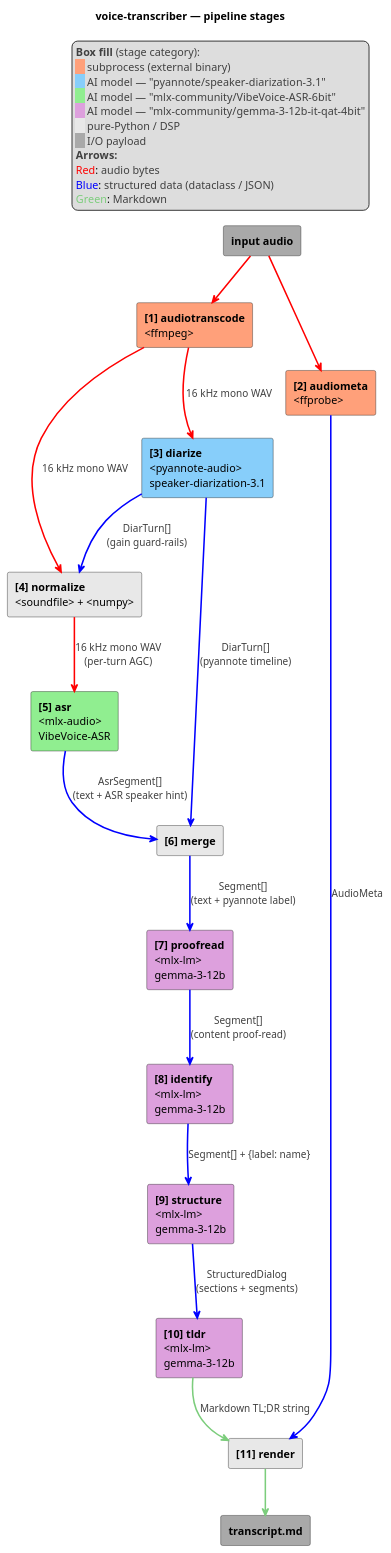
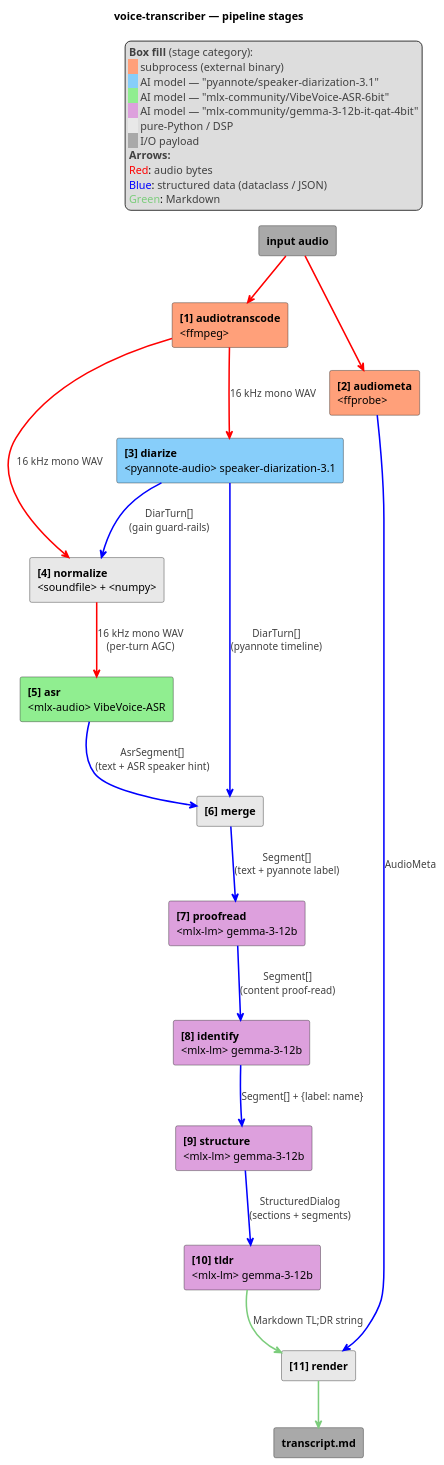
One commit to artem-from-ua/voice-transcriber changed the second of 2 diagrams in docs/architecture.md. Above: the diagram before and after it, drawn with PlantUML. The commit also changed other lines of this file, not shown here.

Commit message:
Merge lib + model name onto one line per AI stage (#64)
In docs/architecture.md pipeline-stages diagram, AI stages had three
label lines: bold stage name, library, model. Merging the library +
model onto one line:

  <pyannote-audio> speaker-diarization-3.1
  <mlx-audio> VibeVoice-ASR
  <mlx-lm> gemma-3-12b   (×4 LLM stages)

Stage boxes now read as two lines (name + tooling) instead of three.
Diagram shrunk vertically (~100 px) at the cost of ~20 px of width
where the widest combined line lives. Subprocess and normalize stages
stay single-line as before.

````diff
--- a/docs/architecture.md
+++ b/docs/architecture.md
@@ -63,56 +63,56 @@
 ```plantuml
 @startuml
 title voice-transcriber — pipeline stages
 skinparam componentStyle rectangle
 skinparam ArrowThickness 2
 
 [<b>input audio</b>] as Input #A9A9A9
 [<b>transcript.md</b>] as Output #A9A9A9
 
 component "<b>[1] audiotranscode</b>\n<ffmpeg>" as WAV #FFA07A
 component "<b>[2] audiometa</b>\n<ffprobe>" as FF #FFA07A
-component "<b>[3] diarize</b>\n<pyannote-audio>\nspeaker-diarization-3.1" as Diar #87CEFA
+component "<b>[3] diarize</b>\n<pyannote-audio> speaker-diarization-3.1" as Diar #87CEFA
 component "<b>[4] normalize</b>\n<soundfile> + <numpy>" as Norm #E8E8E8
-component "<b>[5] asr</b>\n<mlx-audio>\nVibeVoice-ASR" as ASR #90EE90
+component "<b>[5] asr</b>\n<mlx-audio> VibeVoice-ASR" as ASR #90EE90
 component "<b>[6] merge</b>" as Merge #E8E8E8
-component "<b>[7] proofread</b>\n<mlx-lm>\ngemma-3-12b" as Post #DDA0DD
-component "<b>[8] identify</b>\n<mlx-lm>\ngemma-3-12b" as Ident #DDA0DD
-component "<b>[9] structure</b>\n<mlx-lm>\ngemma-3-12b" as Struct #DDA0DD
-component "<b>[10] tldr</b>\n<mlx-lm>\ngemma-3-12b" as TLDR #DDA0DD
+component "<b>[7] proofread</b>\n<mlx-lm> gemma-3-12b" as Post #DDA0DD
+component "<b>[8] identify</b>\n<mlx-lm> gemma-3-12b" as Ident #DDA0DD
+component "<b>[9] structure</b>\n<mlx-lm> gemma-3-12b" as Struct #DDA0DD
+component "<b>[10] tldr</b>\n<mlx-lm> gemma-3-12b" as TLDR #DDA0DD
 component "<b>[11] render</b>" as Render #E8E8E8
 
 Input -[#red]-> FF
 Input -[#red]-> WAV
 
 WAV -[#red]-> Diar : <color:#404040>16 kHz mono WAV</color>
 WAV -[#red]-> Norm : <color:#404040>16 kHz mono WAV</color>
 Diar -[#blue]-> Norm : <color:#404040>DiarTurn[]</color>\n<color:#404040>(gain guard-rails)</color>
 Norm -[#red]-> ASR : <color:#404040>16 kHz mono WAV</color>\n<color:#404040>(per-turn AGC)</color>
 
 ASR -[#blue]-> Merge : <color:#404040>AsrSegment[]</color>\n<color:#404040>(text + ASR speaker hint)</color>
 Diar -[#blue]-> Merge : <color:#404040>DiarTurn[]</color>\n<color:#404040>(pyannote timeline)</color>
 
 Merge -[#blue]-> Post : <color:#404040>Segment[]</color>\n<color:#404040>(text + pyannote label)</color>
 Post -[#blue]-> Ident : <color:#404040>Segment[]</color>\n<color:#404040>(content proof-read)</color>
 Ident -[#blue]-> Struct : <color:#404040>Segment[] + {label: name}</color>
 Struct -[#blue]-> TLDR : <color:#404040>StructuredDialog</color>\n<color:#404040>(sections + segments)</color>
 
 FF -[#blue]-> Render : <color:#404040>AudioMeta</color>
 TLDR -[#7CCD7C]-> Render : <color:#404040>Markdown TL;DR string</color>
 Render -[#7CCD7C]-> Output
 
 legend top right
   <color:#404040>**Box fill** (stage category):</color>
   <back:#FFA07A>   </back> <color:#404040>subprocess (external binary)</color>
   <back:#87CEFA>   </back> <color:#404040>AI model — "pyannote/speaker-diarization-3.1"</color>
   <back:#90EE90>   </back> <color:#404040>AI model — "mlx-community/VibeVoice-ASR-6bit"</color>
   <back:#DDA0DD>   </back> <color:#404040>AI model — "mlx-community/gemma-3-12b-it-qat-4bit"</color>
   <back:#E8E8E8>   </back> <color:#404040>pure-Python / DSP</color>
   <back:#A9A9A9>   </back> <color:#404040>I/O payload</color>
   <color:#404040>**Arrows:**</color>
   <color:red>Red</color>: <color:#404040>audio bytes</color>
   <color:blue>Blue</color>: <color:#404040>structured data (dataclass / JSON)</color>
   <color:#7CCD7C>Green</color>: <color:#404040>Markdown</color>
 end legend
 @enduml
 ```
````
